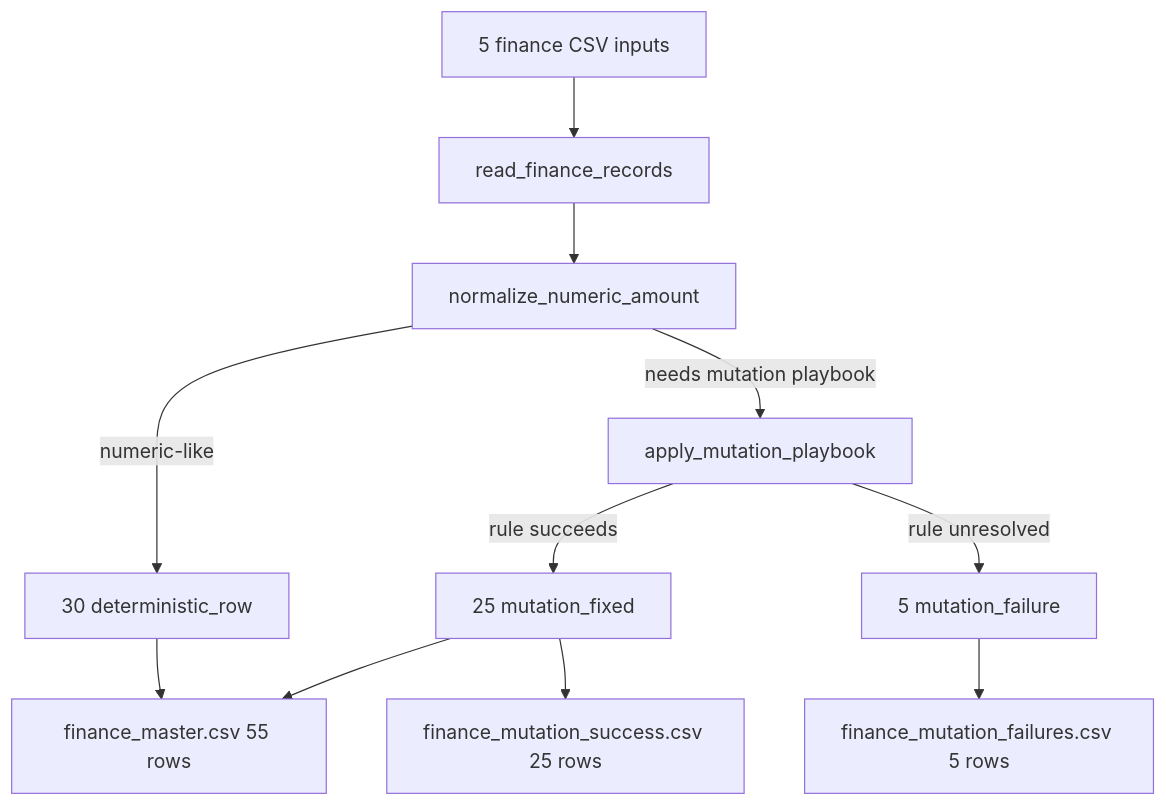
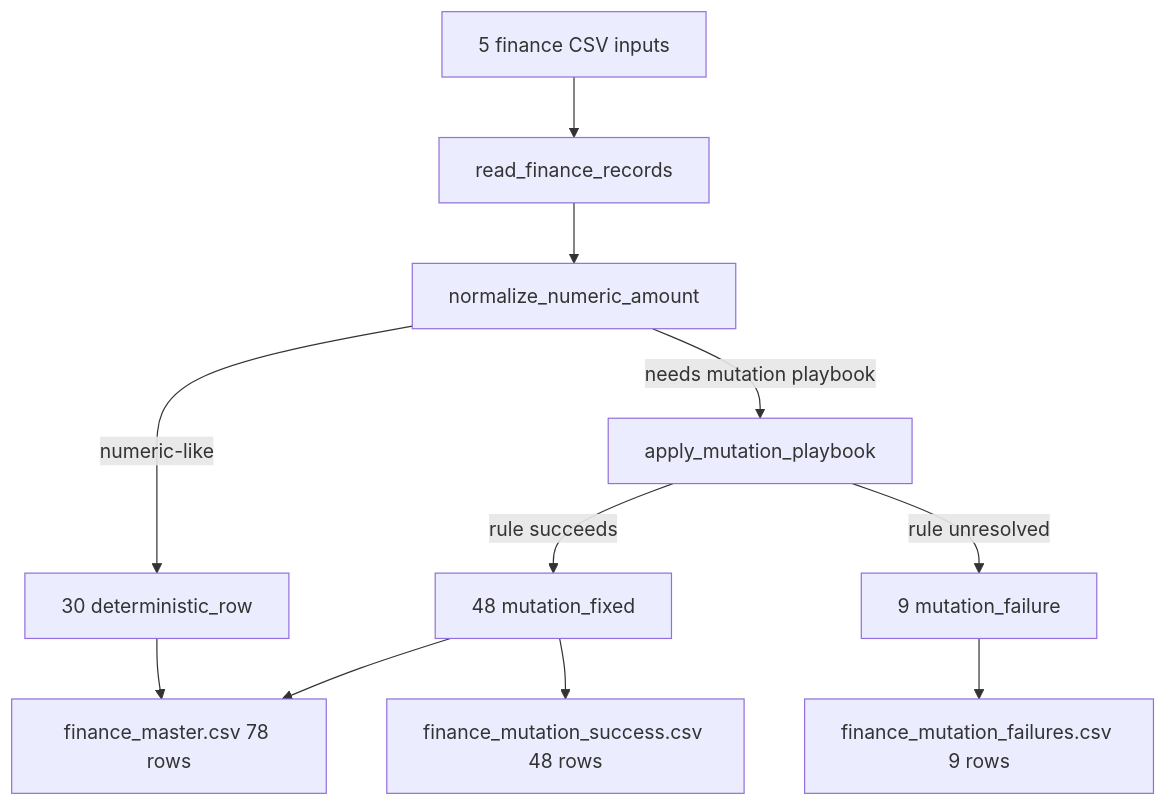
Before and after one commit to nilayparikh/tuts-agentic-ai-examples: the second of 7 diagrams in self-improving-agent/cleanloop/docs/architecture/execution-flow.md, drawn with Mermaid. The commit also changed other lines of this file and 38 other files, not shown here.

````diff
--- a/self-improving-agent/cleanloop/docs/architecture/execution-flow.md
+++ b/self-improving-agent/cleanloop/docs/architecture/execution-flow.md
@@ -195,23 +188,23 @@
 ```mermaid
 flowchart TD
     input[5 finance CSV inputs]
     read[read_finance_records]
     normalize[normalize_numeric_amount]
     deterministic[30 deterministic_row]
     playbook[apply_mutation_playbook]
-    fixed[25 mutation_fixed]
-    failed[5 mutation_failure]
-    master[finance_master.csv 55 rows]
-    success[finance_mutation_success.csv 25 rows]
-    failure[finance_mutation_failures.csv 5 rows]
+    fixed[48 mutation_fixed]
+    failed[9 mutation_failure]
+    master[finance_master.csv 78 rows]
+    success[finance_mutation_success.csv 48 rows]
+    failure[finance_mutation_failures.csv 9 rows]
 
     input --> read --> normalize
     normalize -->|numeric-like| deterministic
     normalize -->|needs mutation playbook| playbook
     playbook -->|rule succeeds| fixed
     playbook -->|rule unresolved| failed
     deterministic --> master
     fixed --> master
     fixed --> success
     failed --> failure
 ```
````
